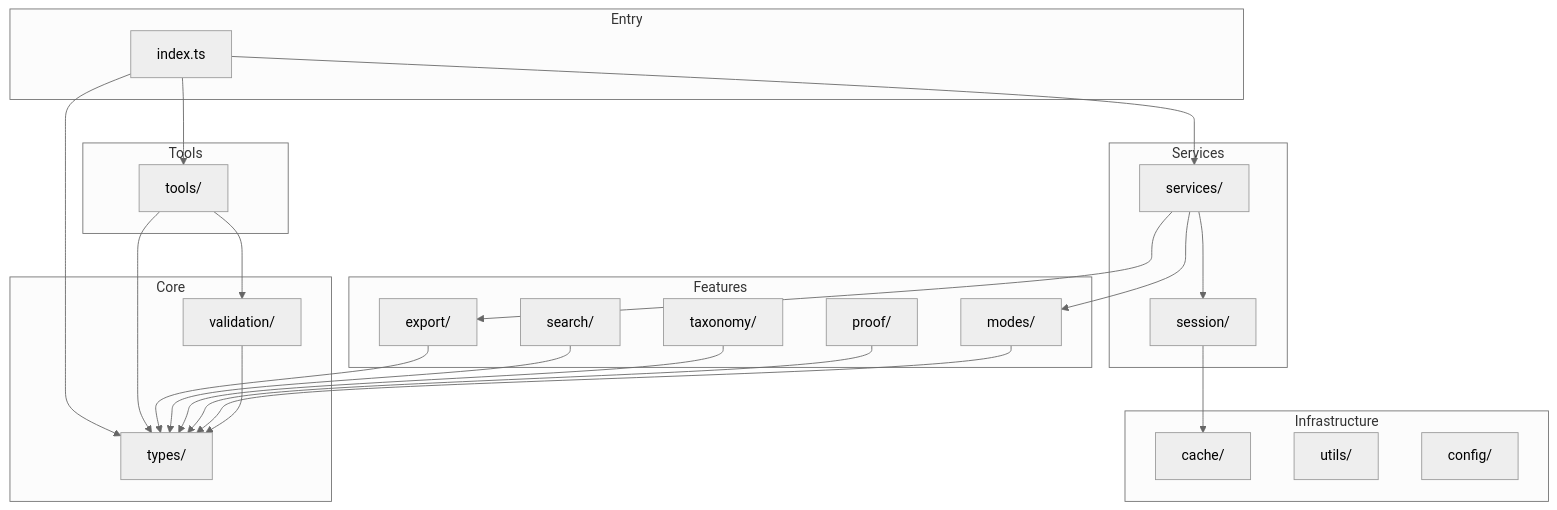
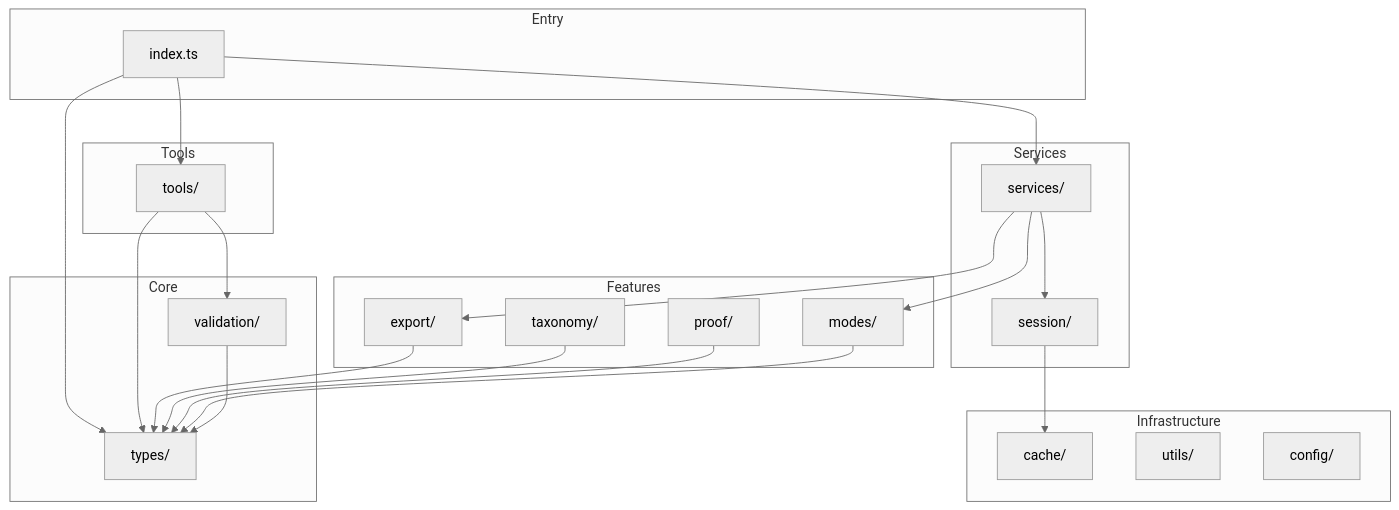
The diagram in docs/architecture/DIRECTORY_STRUCTURE.md (danielsimonjr/deepthinking-mcp), drawn with Mermaid (neutral theme) before and after one commit. The commit also changed other lines of this file and 10 other files, not shown here.

````diff
--- a/docs/architecture/DIRECTORY_STRUCTURE.md
+++ b/docs/architecture/DIRECTORY_STRUCTURE.md
@@ -262,55 +252,53 @@
 ```mermaid
 graph TD
     subgraph "Entry"
         INDEX[index.ts]
     end
 
     subgraph "Tools"
         TOOLS[tools/]
     end
 
     subgraph "Services"
         SERVICES[services/]
         SESSION[session/]
     end
 
     subgraph "Core"
         TYPES[types/]
         VALIDATION[validation/]
     end
 
     subgraph "Features"
         EXPORT[export/]
-        SEARCH[search/]
         TAXONOMY[taxonomy/]
         PROOF[proof/]
         MODES[modes/]
     end
 
     subgraph "Infrastructure"
         CACHE[cache/]
         UTILS[utils/]
         CONFIG[config/]
     end
 
     INDEX --> TOOLS
     INDEX --> SERVICES
     INDEX --> TYPES
 
     TOOLS --> VALIDATION
     TOOLS --> TYPES
 
     SERVICES --> SESSION
     SERVICES --> EXPORT
     SERVICES --> MODES
 
     SESSION --> CACHE
 
     EXPORT --> TYPES
-    SEARCH --> TYPES
     TAXONOMY --> TYPES
     PROOF --> TYPES
     MODES --> TYPES
 
     VALIDATION --> TYPES
 ```
````
